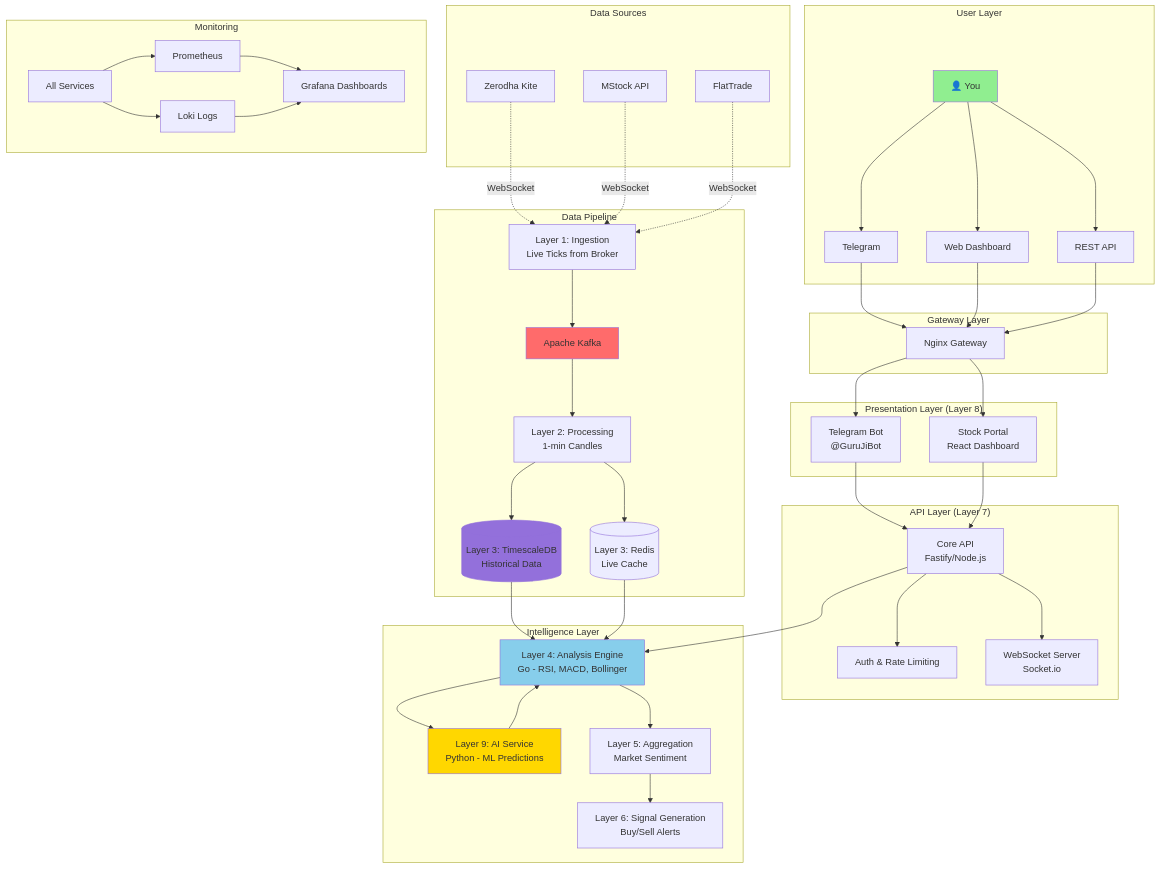
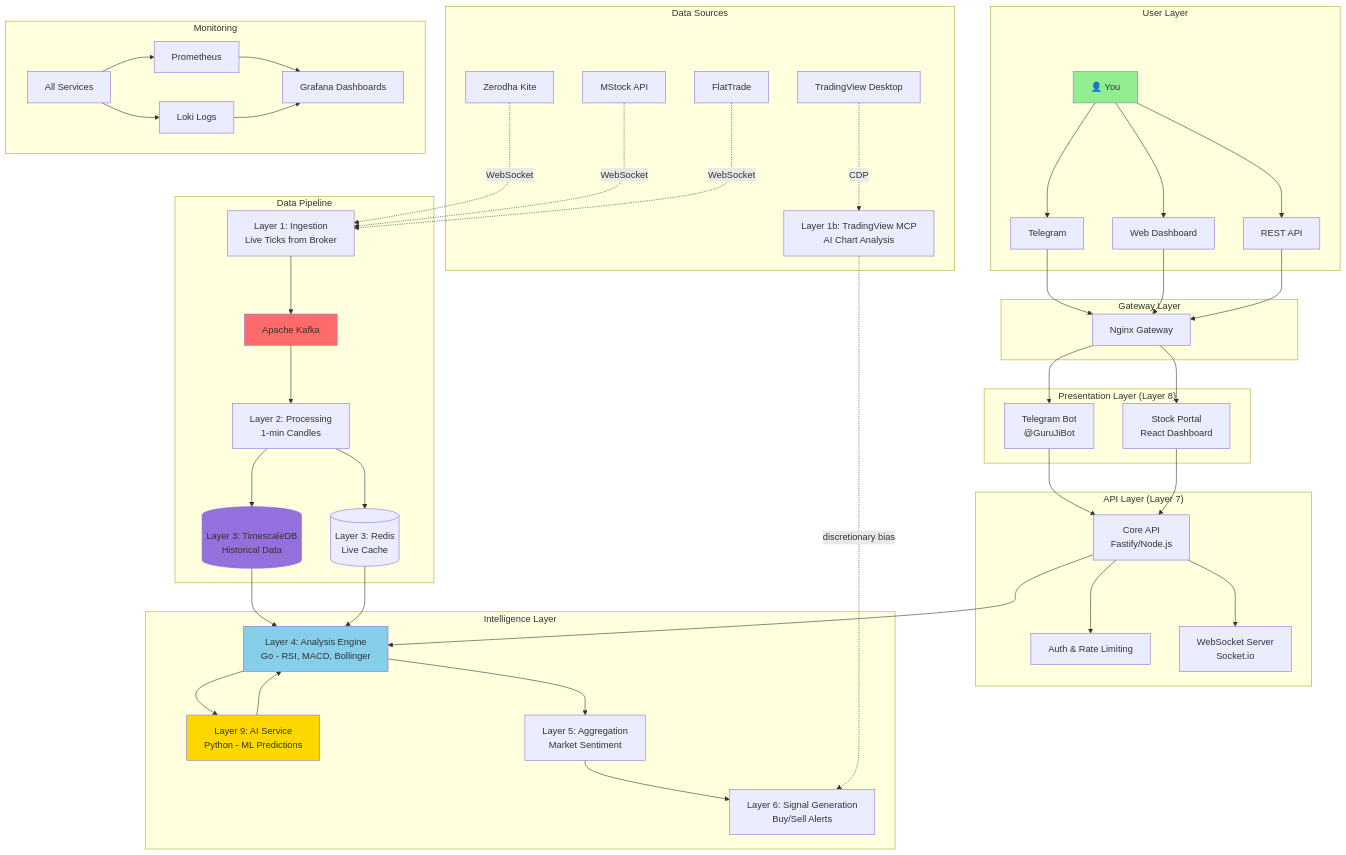
Before and after one commit to sonu831/Trading-System: the diagram in README.md, drawn with Mermaid. The commit also changed other lines of this file and 1 other file, not shown here.

Commit message:
docs: add root CLAUDE.md and TradingView adapter in architecture diagram

````diff
--- a/README.md
+++ b/README.md
@@ -270,62 +270,64 @@
 ```mermaid
 graph TB
     subgraph "User Layer"
         User[👤 You] --> TG[Telegram]
         User --> Web[Web Dashboard]
         User --> API[REST API]
     end
 
     subgraph "Gateway Layer"
         TG --> Gateway[Nginx Gateway]
         Web --> Gateway
         API --> Gateway
     end
 
     subgraph "Presentation Layer (Layer 8)"
         Gateway --> Bot[Telegram Bot<br/>@GuruJiBot]
         Gateway --> Portal[Stock Portal<br/>React Dashboard]
     end
 
     subgraph "API Layer (Layer 7)"
         Bot --> CoreAPI[Core API<br/>Fastify/Node.js]
         Portal --> CoreAPI
         CoreAPI --> Auth[Auth & Rate Limiting]
         CoreAPI --> WS[WebSocket Server<br/>Socket.io]
     end
 
     subgraph "Intelligence Layer"
         CoreAPI --> L4[Layer 4: Analysis Engine<br/>Go - RSI, MACD, Bollinger]
         L4 --> L9[Layer 9: AI Service<br/>Python - ML Predictions]
         L9 --> L4
         L4 --> L5[Layer 5: Aggregation<br/>Market Sentiment]
         L5 --> L6[Layer 6: Signal Generation<br/>Buy/Sell Alerts]
     end
 
     subgraph "Data Pipeline"
         L1[Layer 1: Ingestion<br/>Live Ticks from Broker] --> Kafka[Apache Kafka]
         Kafka --> L2[Layer 2: Processing<br/>1-min Candles]
         L2 --> L3DB[(Layer 3: TimescaleDB<br/>Historical Data)]
         L2 --> L3Redis[(Layer 3: Redis<br/>Live Cache)]
         L3DB --> L4
         L3Redis --> L4
     end
 
     subgraph "Data Sources"
         Zerodha[Zerodha Kite] -.WebSocket.-> L1
         MStock[MStock API] -.WebSocket.-> L1
         FlatTrade[FlatTrade] -.WebSocket.-> L1
+        TradingView[TradingView Desktop] -.CDP.-> L1TV[Layer 1b: TradingView MCP<br/>AI Chart Analysis]
+        L1TV -.discretionary bias.-> L6
     end
 
     subgraph "Monitoring"
         All[All Services] --> Prom[Prometheus]
         Prom --> Grafana[Grafana Dashboards]
         All --> Loki[Loki Logs]
         Loki --> Grafana
     end
 
     style User fill:#90EE90
     style L9 fill:#FFD700
     style L4 fill:#87CEEB
     style Kafka fill:#FF6B6B
     style L3DB fill:#9370DB
 ```
````
